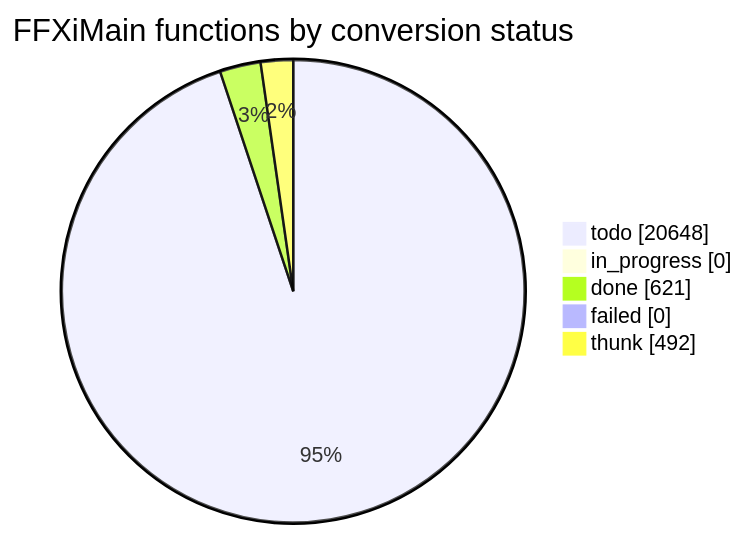
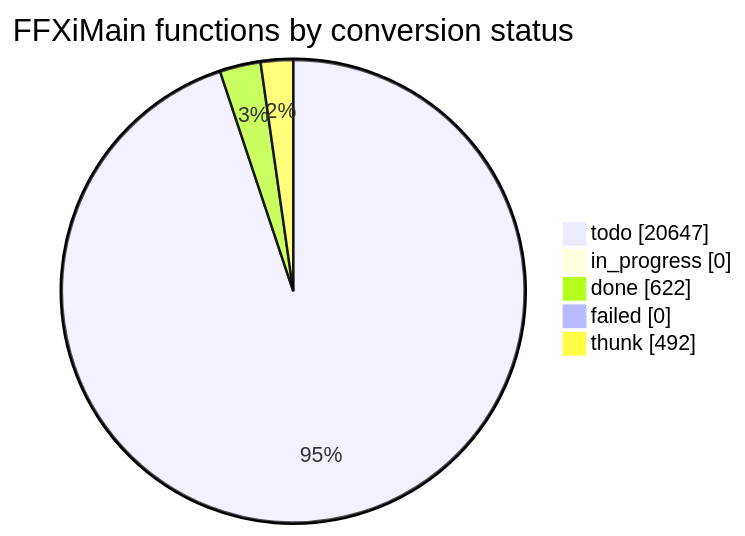
Before and after one commit to cowrevenge/cow_kuluu_xi_anything: the diagram in docs/cow/STATUS.md, drawn with Mermaid. The commit also changed other lines of this file and 9 other files, not shown here.

````diff
--- a/docs/cow/STATUS.md
+++ b/docs/cow/STATUS.md
@@ -18,9 +18,9 @@
 ```mermaid
 pie showData
     title FFXiMain functions by conversion status
-    "todo" : 20648
+    "todo" : 20647
     "in_progress" : 0
-    "done" : 621
+    "done" : 622
     "failed" : 0
     "thunk" : 492
 ```
````
